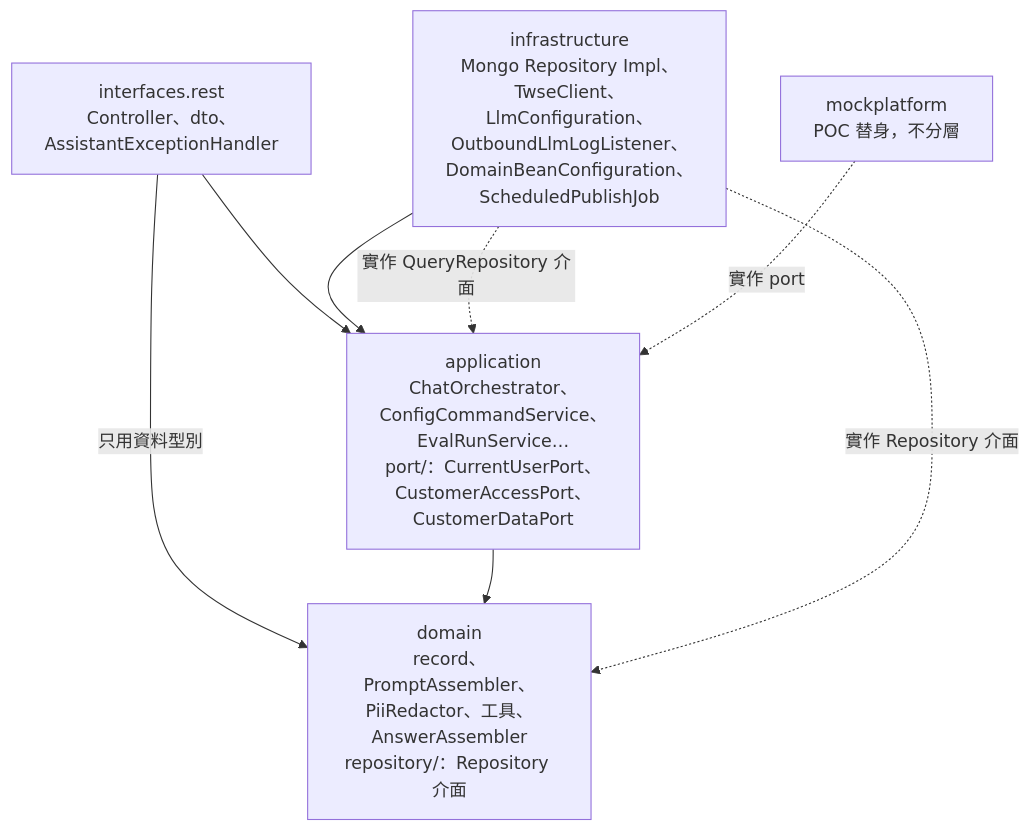
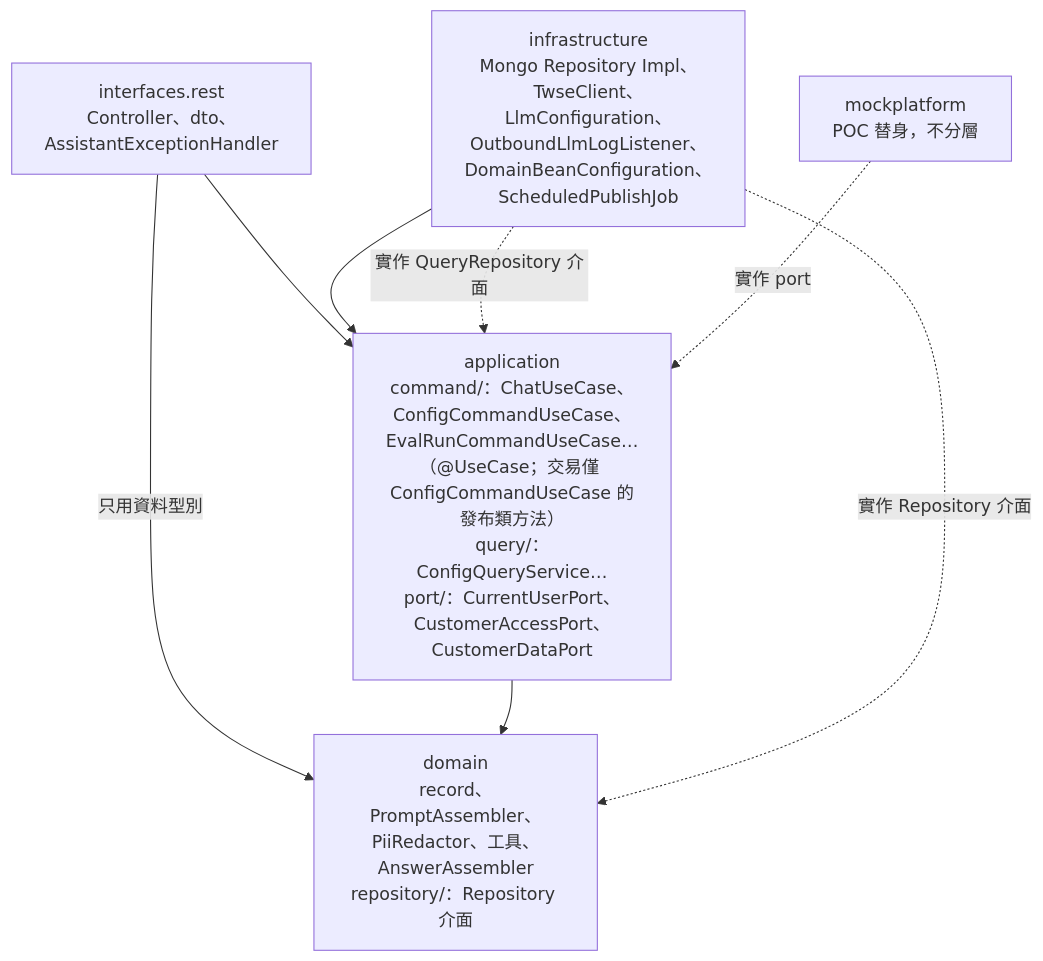
One commit to Rue1216/assistant-poc changed the tenth of 11 diagrams in docs/spec/01-architecture.md. Above: the diagram before and after it, drawn with Mermaid. The commit also changed other lines of this file and 24 other files, not shown here.

Commit message:
refactor(interfaces): no try-catch or access checks in controllers; architecture rules and porting notes for §3-0

````diff
--- a/docs/spec/01-architecture.md
+++ b/docs/spec/01-architecture.md
@@ -510,16 +523,16 @@
 ```mermaid
 flowchart TB
   IF["interfaces.rest<br/>Controller、dto、AssistantExceptionHandler"]
   INF["infrastructure<br/>Mongo Repository Impl、TwseClient、LlmConfiguration、OutboundLlmLogListener、<br/>DomainBeanConfiguration、ScheduledPublishJob"]
-  APP["application<br/>ChatOrchestrator、ConfigCommandService、EvalRunService…<br/>port/：CurrentUserPort、CustomerAccessPort、CustomerDataPort"]
+  APP["application<br/>command/：ChatUseCase、ConfigCommandUseCase、EvalRunCommandUseCase…（@UseCase；交易僅 ConfigCommandUseCase 的發布類方法）<br/>query/：ConfigQueryService…<br/>port/：CurrentUserPort、CustomerAccessPort、CustomerDataPort"]
   DOM["domain<br/>record、PromptAssembler、PiiRedactor、工具、AnswerAssembler<br/>repository/：Repository 介面"]
   MP["mockplatform<br/>POC 替身，不分層"]
 
   IF --> APP
   INF --> APP
   IF -->|只用資料型別| DOM
   APP --> DOM
   INF -.->|實作 Repository 介面| DOM
   INF -.->|實作 QueryRepository 介面| APP
   MP -.->|實作 port| APP
 ```
````
